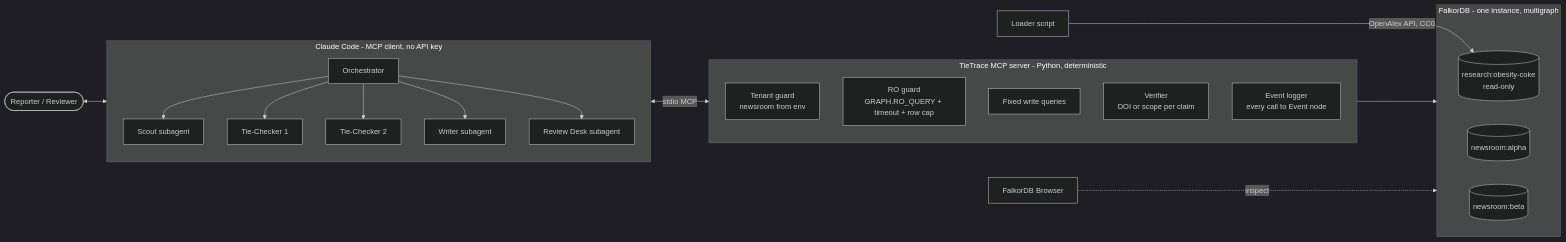
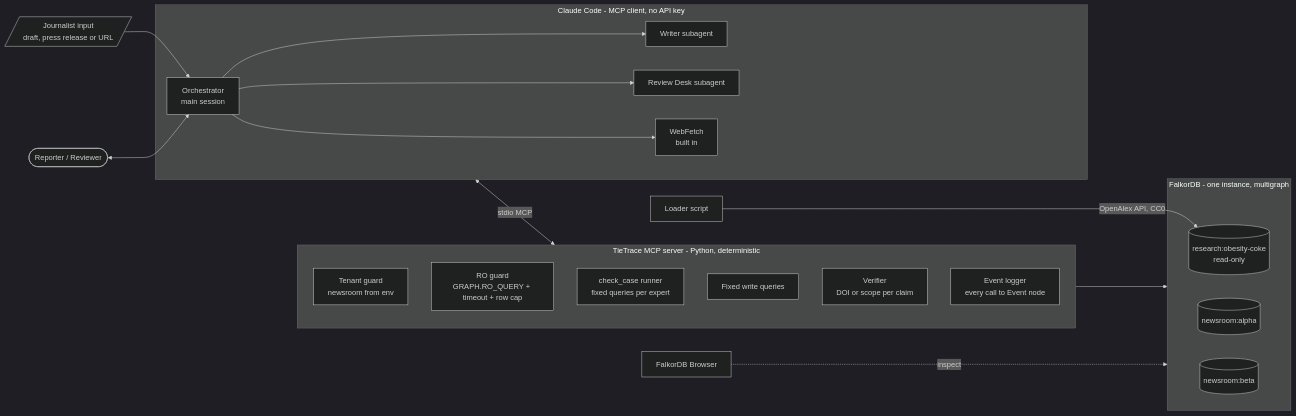
The first of 5 diagrams in docs/mcp-spec.md (Aaryan-Degama/TieTrace), drawn with Mermaid (dark theme) before and after one commit. The commit also changed other lines of this file and 2 other files, not shown here.

First line of the commit message:
Move tie-checking into the server, add resolve_experts and CLAUDE.md

````diff
--- a/docs/mcp-spec.md
+++ b/docs/mcp-spec.md
@@ -25,35 +37,36 @@
 ```mermaid
 flowchart LR
-  H([Reporter / Reviewer]) <--> CC
+  J[/"Journalist input<br/>draft, press release or URL"/] --> O
+  H([Reporter / Reviewer]) <--> O
 
   subgraph CC["Claude Code - MCP client, no API key"]
-    O[Orchestrator]
-    S[Scout subagent]
-    T1["Tie-Checker 1"]
-    T2["Tie-Checker 2"]
-    W[Writer subagent]
-    R[Review Desk subagent]
-    O --> S & T1 & T2 & W & R
+    O["Orchestrator<br/>main session"]
+    W["Writer subagent"]
+    R["Review Desk subagent"]
+    WF["WebFetch<br/>built in"]
+    O --> W & R
+    O --> WF
   end
 
   CC <-->|stdio MCP| SRV
 
   subgraph SRV["TieTrace MCP server - Python, deterministic"]
     TG["Tenant guard<br/>newsroom from env"]
     RO["RO guard<br/>GRAPH.RO_QUERY + timeout + row cap"]
-    WQ[Fixed write queries]
+    CK["check_case runner<br/>fixed queries per expert"]
+    WQ["Fixed write queries"]
     V["Verifier<br/>DOI or scope per claim"]
     EV["Event logger<br/>every call to Event node"]
   end
 
   SRV --> FDB
 
   subgraph FDB["FalkorDB - one instance, multigraph"]
     RG[("research:obesity-coke<br/>read-only")]
     NA[("newsroom:alpha")]
     NB[("newsroom:beta")]
   end
 
-  L[Loader script] -->|OpenAlex API, CC0| RG
-  BR[FalkorDB Browser] -.inspect.-> FDB
+  L["Loader script"] -->|OpenAlex API, CC0| RG
+  BR["FalkorDB Browser"] -.inspect.-> FDB
 ```
````
